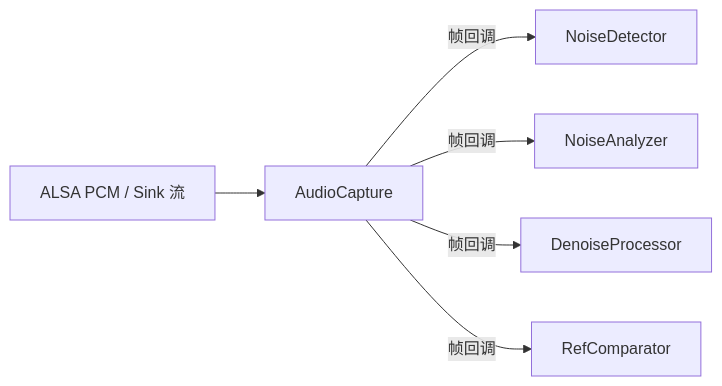
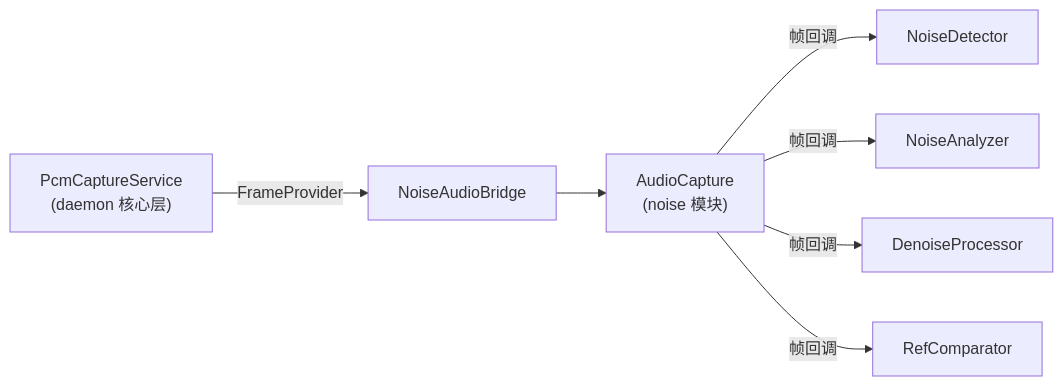
Before and after one commit to JunJunHub/aes67-linux-daemon: the third of 5 diagrams in docs/noise/architecture-design.md, drawn with Mermaid. The commit also changed other lines of this file, not shown here.

First line of the commit message:
docs(noise): 修正架构设计 — 统一 PCM 分发、PcmCaptureService、Streamer 重构、三路输出

````diff
--- a/docs/noise/architecture-design.md
+++ b/docs/noise/architecture-design.md
@@ -233,8 +279,9 @@
 ```mermaid
 flowchart LR
-    SRC["ALSA PCM / Sink 流"] --> CAP["AudioCapture"]
+    PCS["PcmCaptureService<br/>(daemon 核心层)"] -->|FrameProvider| BRIDGE["NoiseAudioBridge"]
+    BRIDGE --> CAP["AudioCapture<br/>(noise 模块)"]
     CAP -->|帧回调| DET["NoiseDetector"]
     CAP -->|帧回调| ANA["NoiseAnalyzer"]
     CAP -->|帧回调| DNR["DenoiseProcessor"]
     CAP -->|帧回调| REF["RefComparator"]
 ```
````
